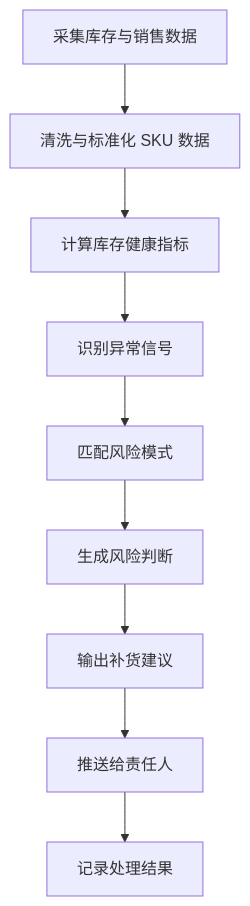
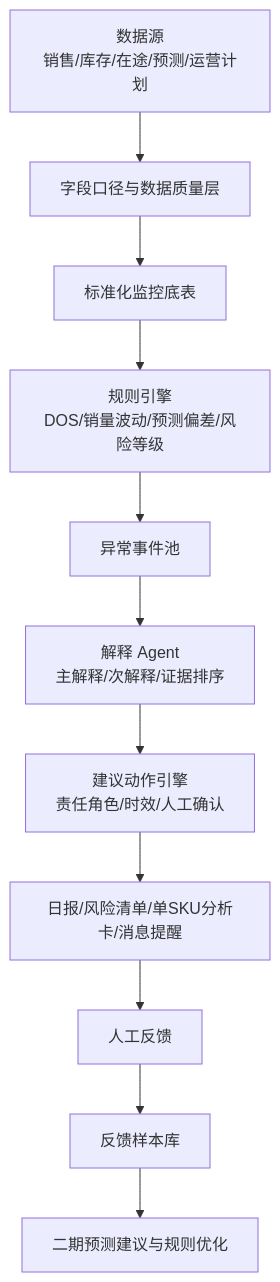
The diagram in README.md (suengx/buque), drawn with Mermaid before and after one commit. The commit also changed other lines of this file and 7 other files, not shown here.

````diff
--- a/README.md
+++ b/README.md
@@ -214,11 +101,13 @@
 ```mermaid
 flowchart TD
-    A[采集库存与销售数据] --> B[清洗与标准化 SKU 数据]
-    B --> C[计算库存健康指标]
-    C --> D[识别异常信号]
-    D --> E[匹配风险模式]
-    E --> F[生成风险判断]
-    F --> G[输出补货建议]
-    G --> H[推送给责任人]
-    H --> I[记录处理结果]
+    A[数据源<br/>销售/库存/在途/预测/运营计划] --> B[字段口径与数据质量层]
+    B --> C[标准化监控底表]
+    C --> D[规则引擎<br/>DOS/销量波动/预测偏差/风险等级]
+    D --> E[异常事件池]
+    E --> F[解释 Agent<br/>主解释/次解释/证据排序]
+    F --> G[建议动作引擎<br/>责任角色/时效/人工确认]
+    G --> H[日报/风险清单/单SKU分析卡/消息提醒]
+    H --> I[人工反馈]
+    I --> J[反馈样本库]
+    J --> K[二期预测建议与规则优化]
 ```
````
